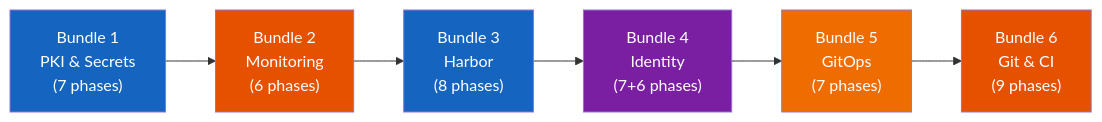
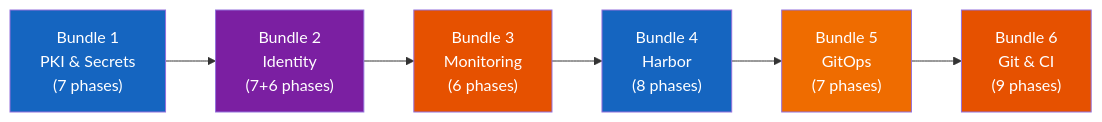
Before and after one commit to derhornspieler/harvester-rke2-svcs: diagram 14 of 16 in docs/architecture.md, drawn with Mermaid. The commit also changed other lines of this file and 38 other files, not shown here.

First line of the commit message:
feat: reorder bundles (Identity before Monitoring) and add NetworkPolicies

````diff
--- a/docs/architecture.md
+++ b/docs/architecture.md
@@ -734,18 +734,18 @@
 ```mermaid
 flowchart LR
     B1["Bundle 1<br/>PKI &amp; Secrets<br/>(7 phases)"]
-    B2["Bundle 2<br/>Monitoring<br/>(6 phases)"]
-    B3["Bundle 3<br/>Harbor<br/>(8 phases)"]
-    B4["Bundle 4<br/>Identity<br/>(7+6 phases)"]
+    B2["Bundle 2<br/>Identity<br/>(7+6 phases)"]
+    B3["Bundle 3<br/>Monitoring<br/>(6 phases)"]
+    B4["Bundle 4<br/>Harbor<br/>(8 phases)"]
     B5["Bundle 5<br/>GitOps<br/>(7 phases)"]
     B6["Bundle 6<br/>Git &amp; CI<br/>(9 phases)"]
 
     B1 --> B2 --> B3 --> B4 --> B5 --> B6
 
     style B1 fill:#1565c0,color:#fff
-    style B2 fill:#e65100,color:#fff
-    style B3 fill:#1565c0,color:#fff
-    style B4 fill:#7b1fa2,color:#fff
+    style B2 fill:#7b1fa2,color:#fff
+    style B3 fill:#e65100,color:#fff
+    style B4 fill:#1565c0,color:#fff
     style B5 fill:#ef6c00,color:#fff
     style B6 fill:#e65100,color:#fff
 ```
````
